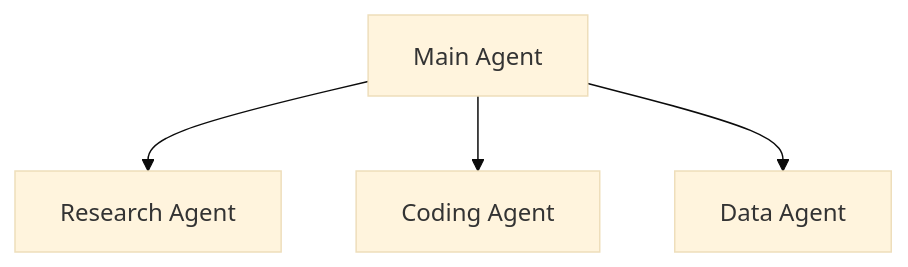
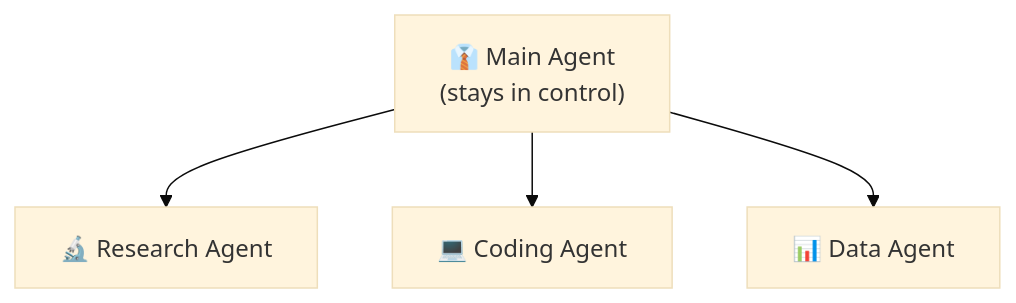
Diagram 13 of 31 in Agentic Ai Learning/08 Open-ai-agent-sdk/00 Introduction/Readme.md (maliksiddiq/learning-agentic-ai), drawn with Mermaid (base theme) before and after one commit. The commit also changed other lines of this file, not shown here.

Commit message:
Introduction OF open-ai-agent-sdk

````diff
--- a/Agentic Ai Learning/08 Open-ai-agent-sdk/00 Introduction/Readme.md
+++ b/Agentic Ai Learning/08 Open-ai-agent-sdk/00 Introduction/Readme.md
@@ -255,6 +316,6 @@
 ```mermaid
 flowchart TD
-    M[Main Agent] --> R[Research Agent]
-    M --> C[Coding Agent]
-    M --> D[Data Agent]
+    M["👔 Main Agent<br/>(stays in control)"] --> R["🔬 Research Agent"]
+    M --> C["💻 Coding Agent"]
+    M --> D["📊 Data Agent"]
 ```
````
